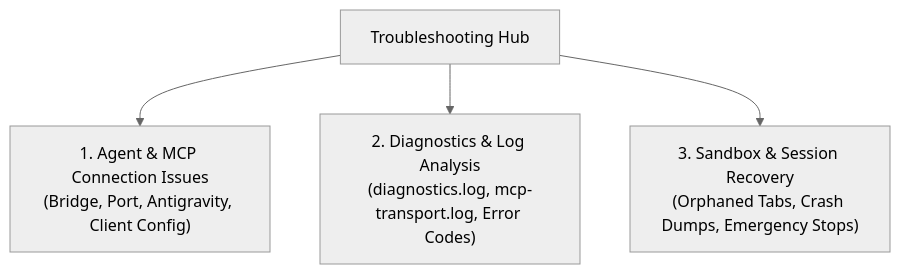
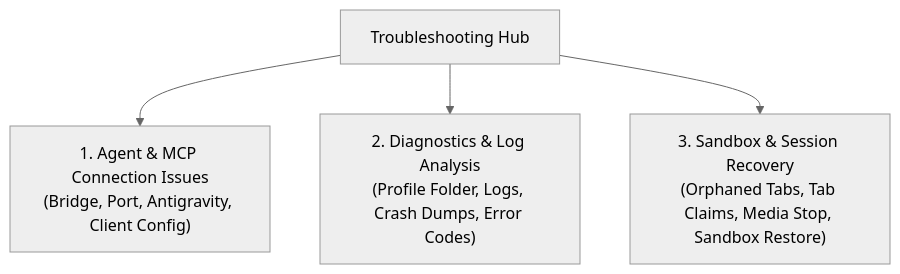
Before and after one commit to joelaniol/nova: the diagram in docs/troubleshooting/README.md, drawn with Mermaid (neutral theme). The commit also changed other lines of this file and 495 other files, not shown here.

````diff
--- a/docs/troubleshooting/README.md
+++ b/docs/troubleshooting/README.md
@@ -9,6 +9,6 @@
 ```mermaid
 flowchart TD
     A["Troubleshooting Hub"] --> B["1. Agent & MCP Connection Issues<br>(Bridge, Port, Antigravity, Client Config)"]
-    A --> C["2. Diagnostics & Log Analysis<br>(diagnostics.log, mcp-transport.log, Error Codes)"]
-    A --> D["3. Sandbox & Session Recovery<br>(Orphaned Tabs, Crash Dumps, Emergency Stops)"]
+    A --> C["2. Diagnostics & Log Analysis<br>(Profile Folder, Logs, Crash Dumps, Error Codes)"]
+    A --> D["3. Sandbox & Session Recovery<br>(Orphaned Tabs, Tab Claims, Media Stop, Sandbox Restore)"]
 ```
````
